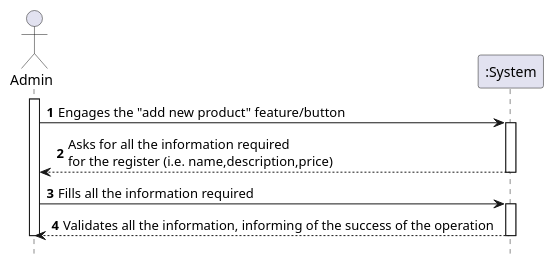
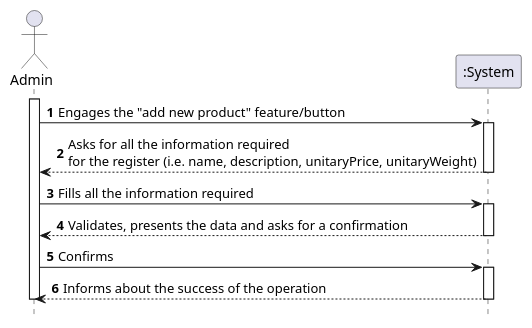
The diagram in docs/Iteration 1/Product Management/US70_RegisterProduct/US70_SSD.puml (tiagoavcosta25/LAPR3), drawn with PlantUML before and after one commit. The commit also changed 8 other files, not shown here.

```diff
--- a/docs/Iteration 1/Product Management/US70_RegisterProduct/US70_SSD.puml
+++ b/docs/Iteration 1/Product Management/US70_RegisterProduct/US70_SSD.puml
@@ -1,23 +1,28 @@
 @startuml
 autonumber
 hide footbox
 
 actor "Admin" as U
 
 participant ":System" as SYST
 
 activate U
 
 U -> SYST : Engages the "add new product" feature/button
 activate SYST
-SYST --> U : Asks for all the information required \nfor the register (i.e. name,description,price)
+SYST --> U : Asks for all the information required \nfor the register (i.e. name, description, unitaryPrice, unitaryWeight)
 deactivate SYST
 
 U -> SYST : Fills all the information required
 activate SYST
-SYST --> U : Validates all the information, informing of the success of the operation
+SYST --> U : Validates, presents the data and asks for a confirmation
+deactivate SYST
+
+U -> SYST : Confirms
+activate SYST
+SYST --> U : Informs about the success of the operation
 deactivate SYST
 
 deactivate U
 
 @enduml
```
